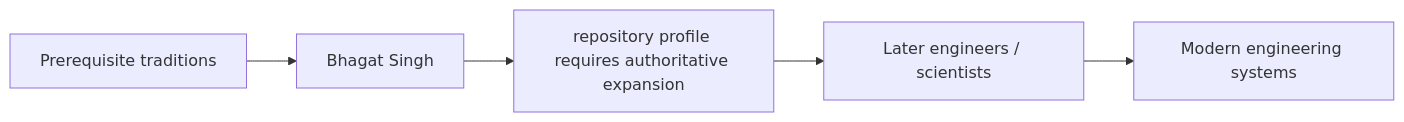
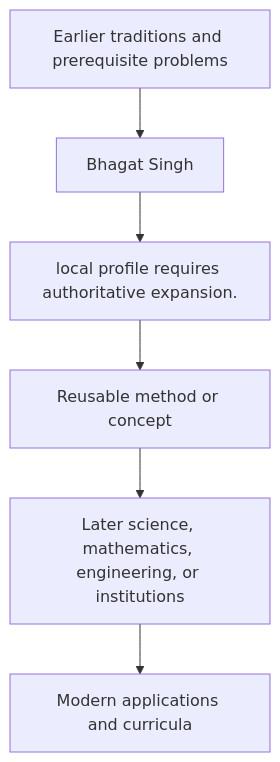
One commit to via-decide/ViaLogic changed the diagram in docs/history/bhagat-singh/influence.md. Above: the diagram before and after it, drawn with Mermaid. The commit also changed other lines of this file and 858 other files, not shown here.

````diff
--- a/docs/history/bhagat-singh/influence.md
+++ b/docs/history/bhagat-singh/influence.md
@@ -29,7 +16,8 @@
 ```mermaid
-graph LR
-  prerequisites["Prerequisite traditions"] --> current["Bhagat Singh"]
-  current --> contribution["repository profile requires authoritative expansion"]
-  contribution --> successors["Later engineers / scientists"]
-  successors --> modern["Modern engineering systems"]
+graph TD
+  Prior[Earlier traditions and prerequisite problems] --> Person[Bhagat Singh]
+  Person --> Contribution[local profile requires authoritative expansion.]
+  Contribution --> Method[Reusable method or concept]
+  Method --> Later[Later science, mathematics, engineering, or institutions]
+  Later --> Modern[Modern applications and curricula]
 ```
````
